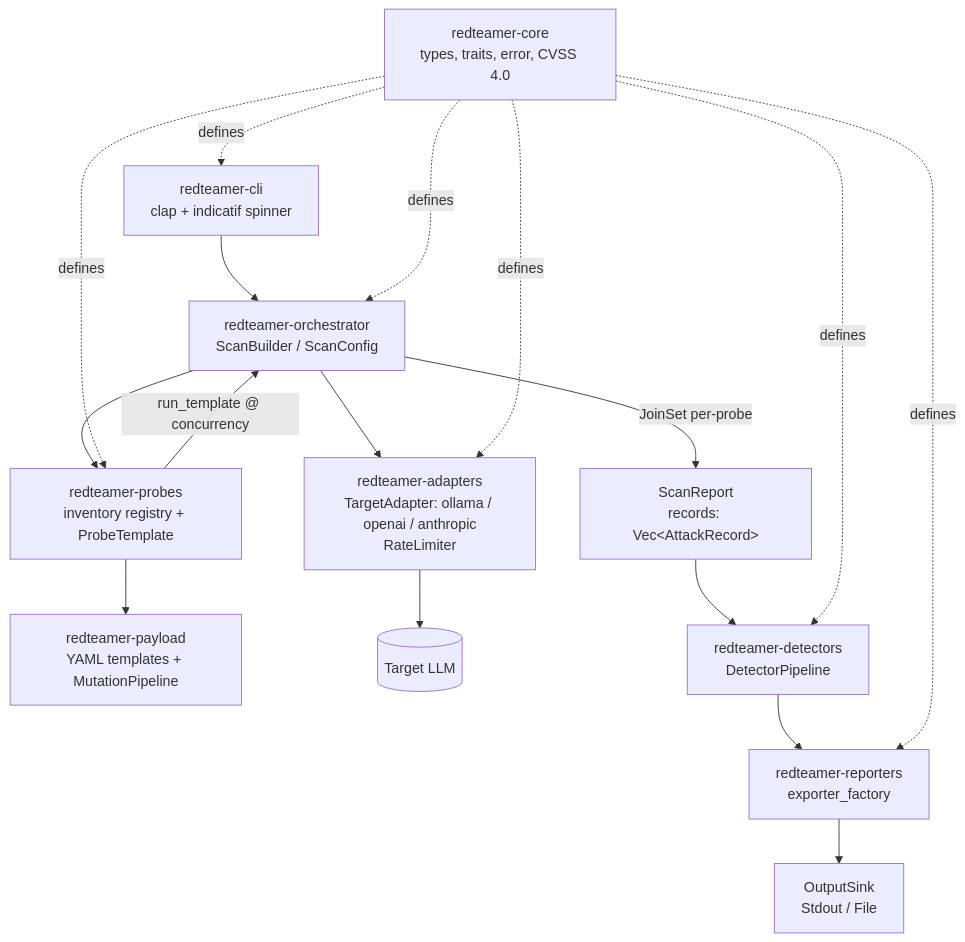
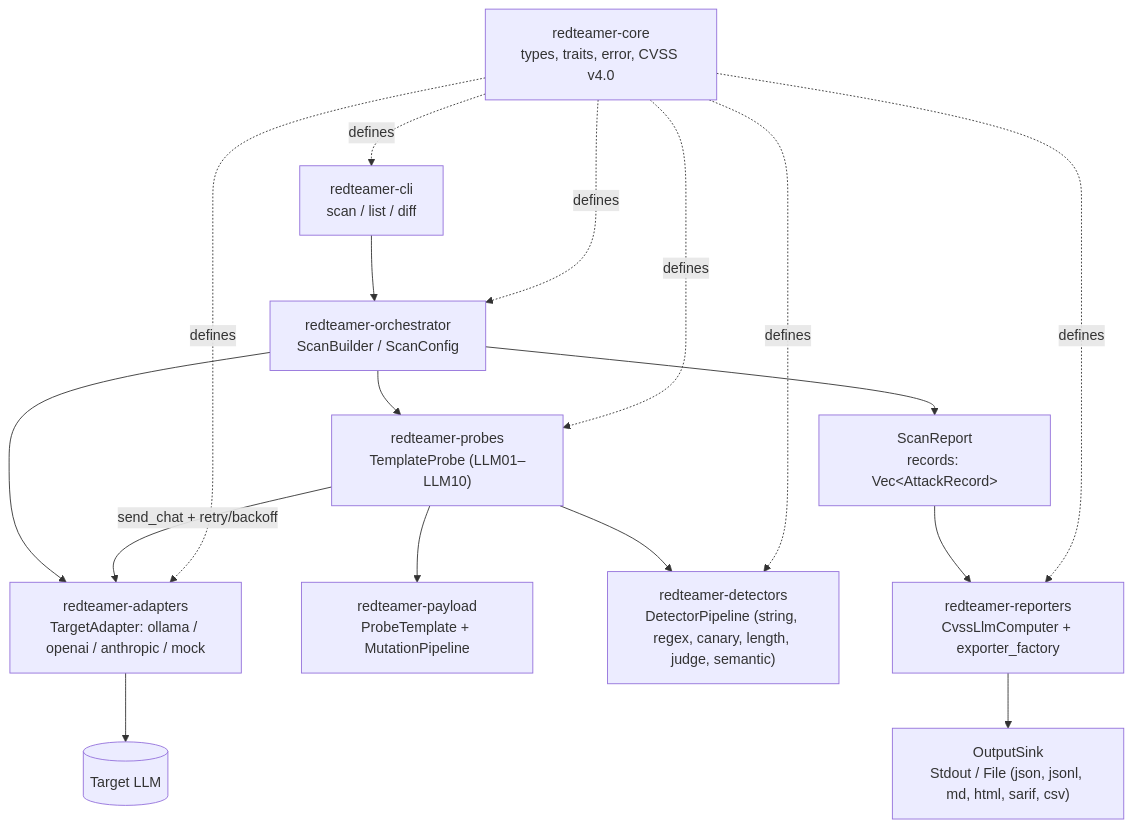
The diagram in README.md (omar-riadd/LLM-Red-Teaming), drawn with Mermaid before and after one commit. The commit also changed other lines of this file and 57 other files, not shown here.

Commit message:
feat: complete v2 redesign (OWASP LLM Top 10 2025, chat adapters, detectors, 6 exporters, CLI diff)

````diff
--- a/README.md
+++ b/README.md
@@ -11,19 +7,19 @@
 ```mermaid
 graph TD
-  CLI[redteamer-cli<br/>clap + indicatif spinner] --> Orchestrator
-  Orchestrator[redteamer-orchestrator<br/>ScanBuilder / ScanConfig] --> Probes
+  CLI["redteamer-cli<br/>scan / list / diff"] --> Orchestrator
+  Orchestrator["redteamer-orchestrator<br/>ScanBuilder / ScanConfig"] --> Probes
   Orchestrator --> Adapters
-  Probes[redteamer-probes<br/>inventory registry + ProbeTemplate] --> Payload[redteamer-payload<br/>YAML templates + MutationPipeline]
-  Adapters[redteamer-adapters<br/>TargetAdapter: ollama / openai / anthropic<br/>RateLimiter] --> LLM[(Target LLM)]
-  Probes -- run_template @ concurrency --> Orchestrator
-  Orchestrator -- JoinSet per-probe --> Report[ScanReport<br/>records: Vec&lt;AttackRecord&gt;]
-  Report --> Detectors[redteamer-detectors<br/>DetectorPipeline]
-  Detectors --> Reporters[redteamer-reporters<br/>exporter_factory]
-  Reporters --> Sink[OutputSink<br/>Stdout / File]
-  Core[redteamer-core<br/>types, traits, error, CVSS 4.0] -. defines .-> CLI
+  Probes["redteamer-probes<br/>TemplateProbe (LLM01–LLM10)"] --> Payload["redteamer-payload<br/>ProbeTemplate + MutationPipeline"]
+  Adapters["redteamer-adapters<br/>TargetAdapter: ollama / openai / anthropic / mock"] --> LLM[("Target LLM")]
+  Probes -- "send_chat + retry/backoff" --> Adapters
+  Probes --> Detectors["redteamer-detectors<br/>DetectorPipeline (string, regex, canary, length, judge, semantic)"]
+  Orchestrator --> Report["ScanReport<br/>records: Vec&lt;AttackRecord&gt;"]
+  Report --> Reporters["redteamer-reporters<br/>CvssLlmComputer + exporter_factory"]
+  Reporters --> Sink["OutputSink<br/>Stdout / File (json, jsonl, md, html, sarif, csv)"]
+  Core["redteamer-core<br/>types, traits, error, CVSS v4.0"] -. defines .-> CLI
   Core -. defines .-> Orchestrator
   Core -. defines .-> Probes
   Core -. defines .-> Adapters
   Core -. defines .-> Detectors
   Core -. defines .-> Reporters
 ```
````
